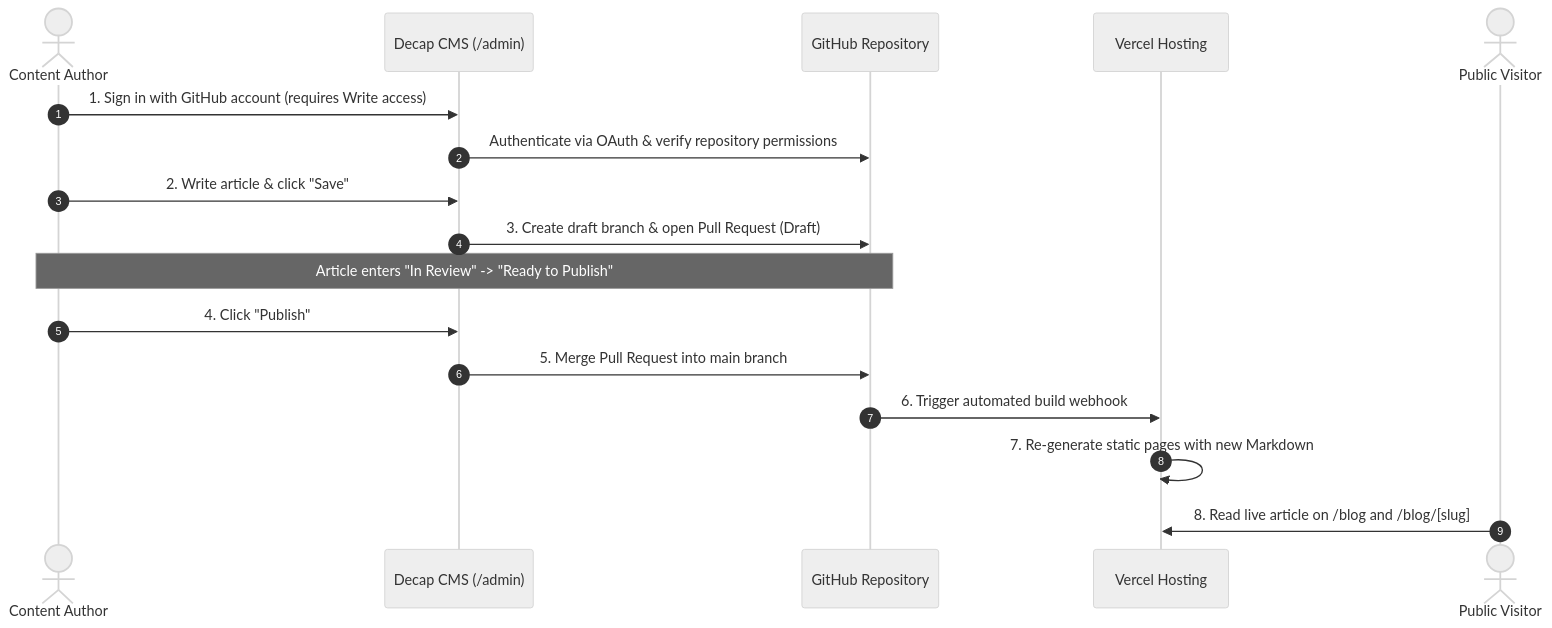
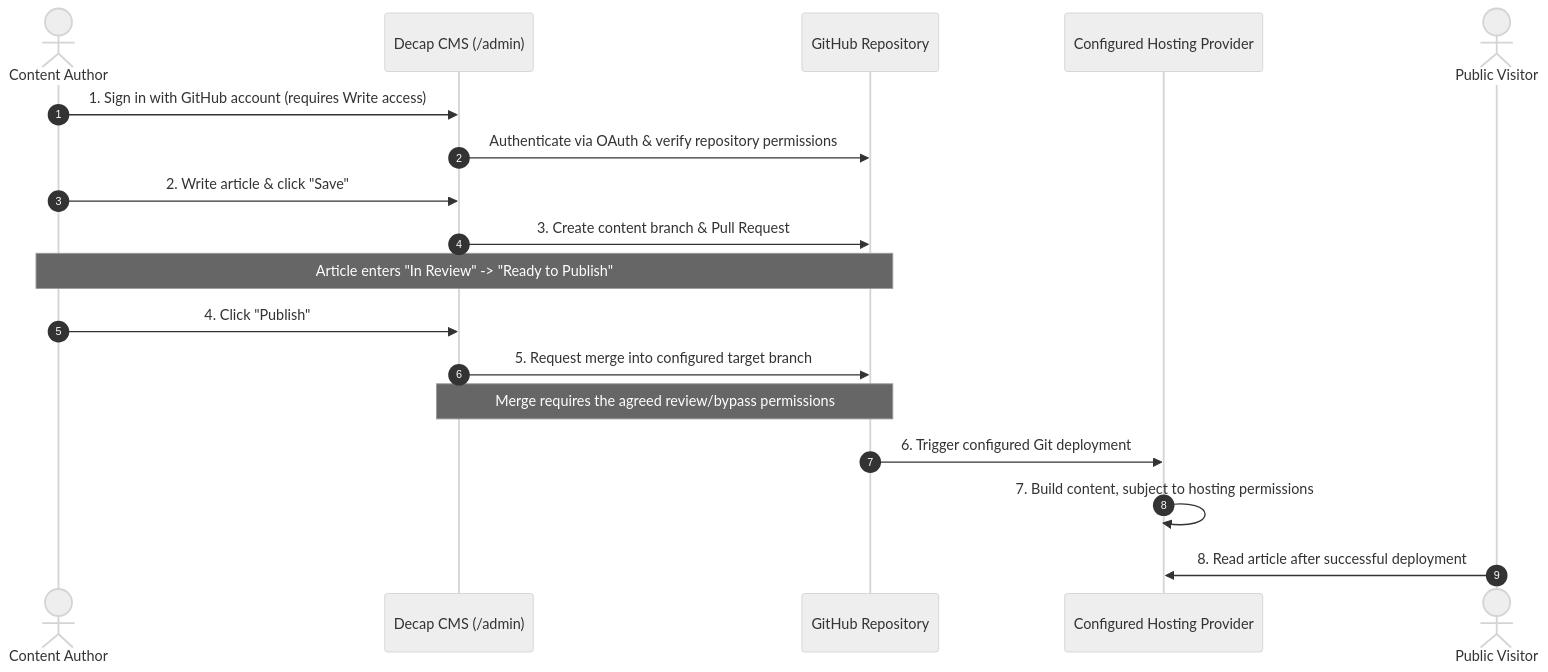
One commit to sandrafranco16/Capstone-Project-G-8 changed the diagram in docs/features/cms-integration.md. Above: the diagram before and after it, drawn with Mermaid (neutral theme). The commit also changed other lines of this file and 6 other files, not shown here.

````diff
--- a/docs/features/cms-integration.md
+++ b/docs/features/cms-integration.md
@@ -27,20 +31,21 @@
 ```mermaid
 sequenceDiagram
     autonumber
     actor Author as Content Author
     participant CMS as Decap CMS (/admin)
     participant GH as GitHub Repository
-    participant Vercel as Vercel Hosting
+    participant Host as Configured Hosting Provider
     actor Visitor as Public Visitor
 
     Author->>CMS: 1. Sign in with GitHub account (requires Write access)
     CMS->>GH: Authenticate via OAuth & verify repository permissions
     Author->>CMS: 2. Write article & click "Save"
-    CMS->>GH: 3. Create draft branch & open Pull Request (Draft)
+    CMS->>GH: 3. Create content branch & Pull Request
     Note over Author,GH: Article enters "In Review" -> "Ready to Publish"
     Author->>CMS: 4. Click "Publish"
-    CMS->>GH: 5. Merge Pull Request into main branch
-    GH->>Vercel: 6. Trigger automated build webhook
-    Vercel->>Vercel: 7. Re-generate static pages with new Markdown
-    Visitor->>Vercel: 8. Read live article on /blog and /blog/[slug]
+    CMS->>GH: 5. Request merge into configured target branch
+    Note over CMS,GH: Merge requires the agreed review/bypass permissions
+    GH->>Host: 6. Trigger configured Git deployment
+    Host->>Host: 7. Build content, subject to hosting permissions
+    Visitor->>Host: 8. Read article after successful deployment
 ```
````
